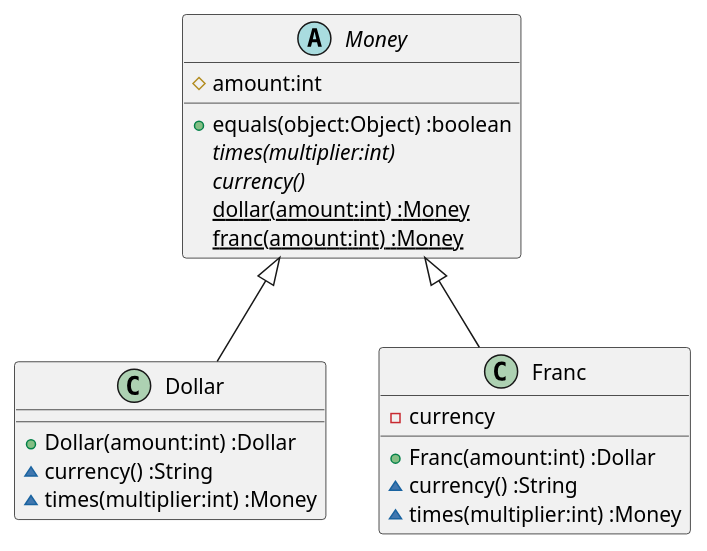
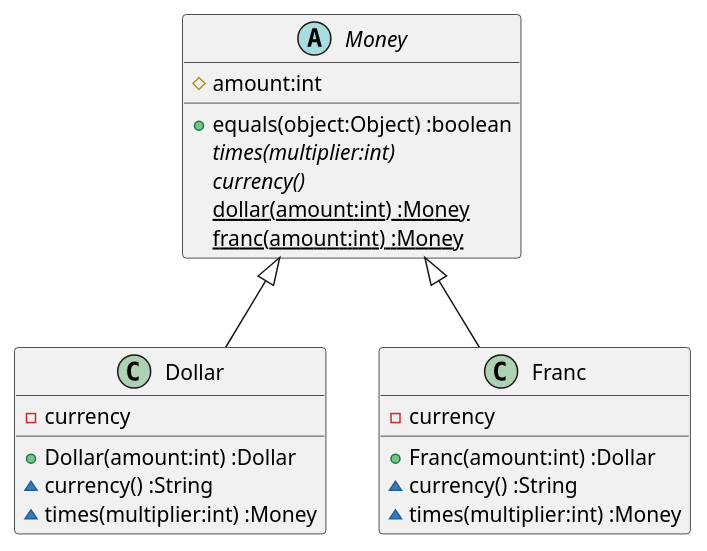
The diagram in docs/src/TDD.md (k2works/etude_for_java), drawn with PlantUML before and after one commit. The commit also changed 3 other files, not shown here.

````diff
--- a/docs/src/TDD.md
+++ b/docs/src/TDD.md
@@ -62,23 +62,24 @@
 ```puml
 class Dollar {
+  -currency
   +Dollar(amount:int) :Dollar
   ~currency() :String  
   ~times(multiplier:int) :Money
 }
 class Franc {
   -currency
   +Franc(amount:int) :Dollar
   ~currency() :String
   ~times(multiplier:int) :Money
 }
 abstract Money {
   #amount:int
   +equals(object:Object) :boolean  
   {abstract} times(multiplier:int)
   {abstract} currency()
   {static} dollar(amount:int) :Money
   {static} franc(amount:int) :Money  
 }
 Money <|-- Dollar
 Money <|-- Franc
 ```
````
